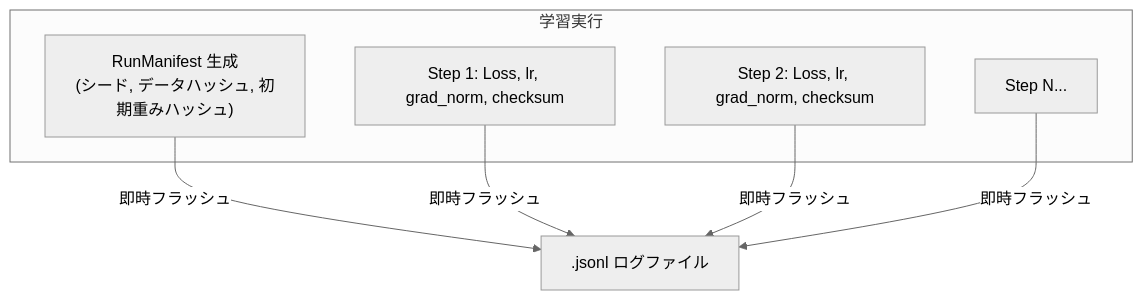
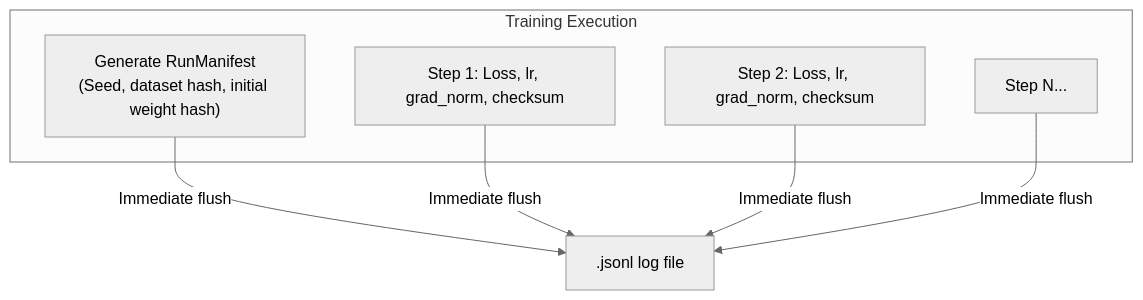
The diagram in docs/05_reproducibility_and_logging.md (KazutoMakino/oniwa), drawn with Mermaid (neutral theme) before and after one commit. The commit also changed other lines of this file and 45 other files, not shown here.

````diff
--- a/docs/05_reproducibility_and_logging.md
+++ b/docs/05_reproducibility_and_logging.md
@@ -40,14 +40,14 @@
 ```mermaid
 graph TD
-    subgraph Run["学習実行"]
-        M["RunManifest 生成\n(シード, データハッシュ, 初期重みハッシュ)"]
+    subgraph Run["Training Execution"]
+        M["Generate RunManifest\n(Seed, dataset hash, initial weight hash)"]
         S1["Step 1: Loss, lr, grad_norm, checksum"]
         S2["Step 2: Loss, lr, grad_norm, checksum"]
         SEnd["Step N..."]
     end
 
-    M -->|即時フラッシュ| LogFile[".jsonl ログファイル"]
-    S1 -->|即時フラッシュ| LogFile
-    S2 -->|即時フラッシュ| LogFile
-    SEnd -->|即時フラッシュ| LogFile
+    M -->|Immediate flush| LogFile[".jsonl log file"]
+    S1 -->|Immediate flush| LogFile
+    S2 -->|Immediate flush| LogFile
+    SEnd -->|Immediate flush| LogFile
 ```
````
